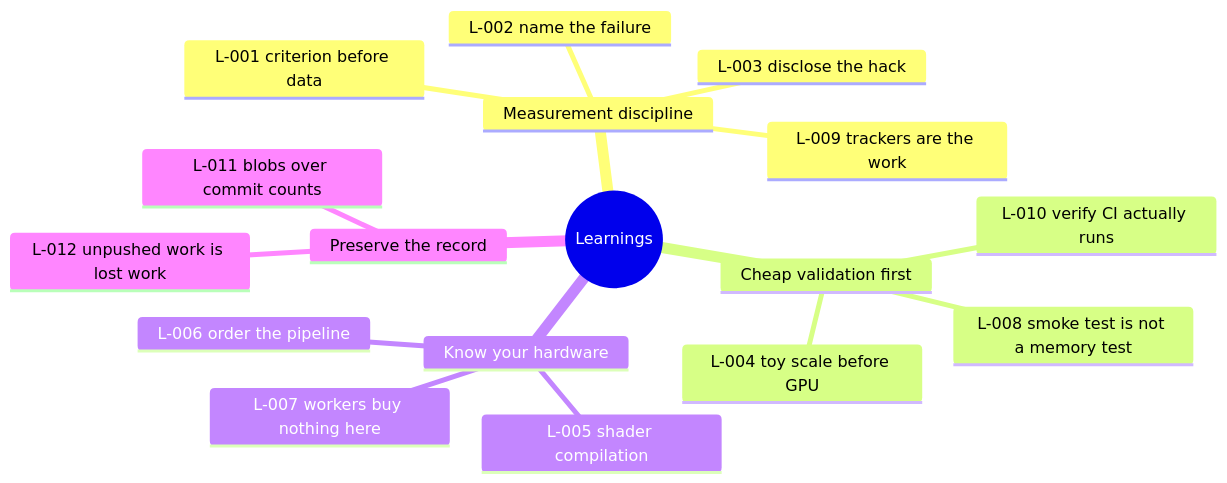
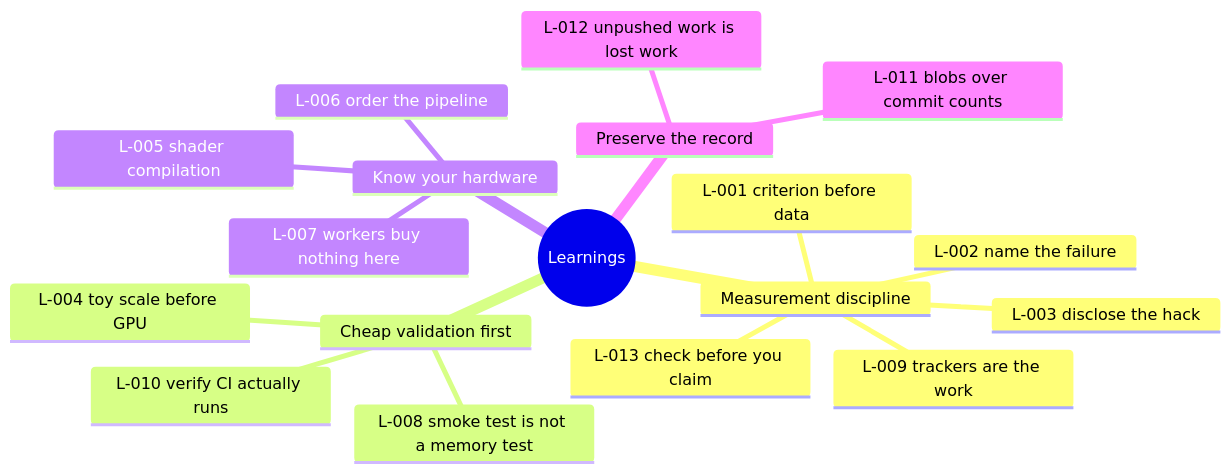
Before and after one commit to TECHSCHOLAR777/SINGLE-CHANNEL-SPEECH-SEPARATION-PROJECT: the diagram in docs/restoration/LEARNINGS.md, drawn with Mermaid. The commit also changed other lines of this file and 2 other files, not shown here.

````diff
--- a/docs/restoration/LEARNINGS.md
+++ b/docs/restoration/LEARNINGS.md
@@ -173,20 +191,21 @@
 ```mermaid
 mindmap
   root((Learnings))
     Measurement discipline
       L-001 criterion before data
       L-002 name the failure
       L-003 disclose the hack
       L-009 trackers are the work
+      L-013 check before you claim
     Cheap validation first
       L-004 toy scale before GPU
       L-008 smoke test is not a memory test
       L-010 verify CI actually runs
     Know your hardware
       L-005 shader compilation
       L-006 order the pipeline
       L-007 workers buy nothing here
     Preserve the record
       L-011 blobs over commit counts
       L-012 unpushed work is lost work
 ```
````
